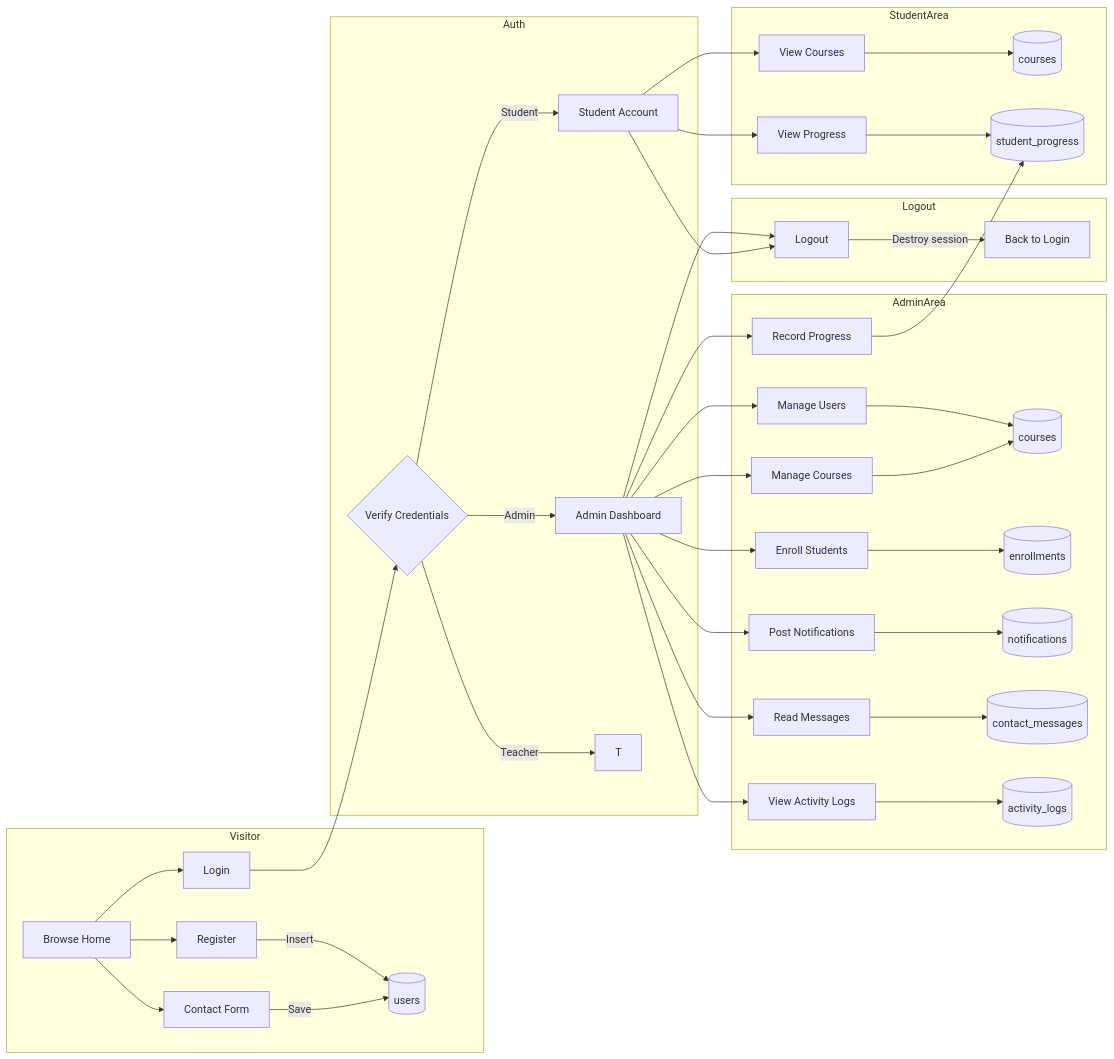
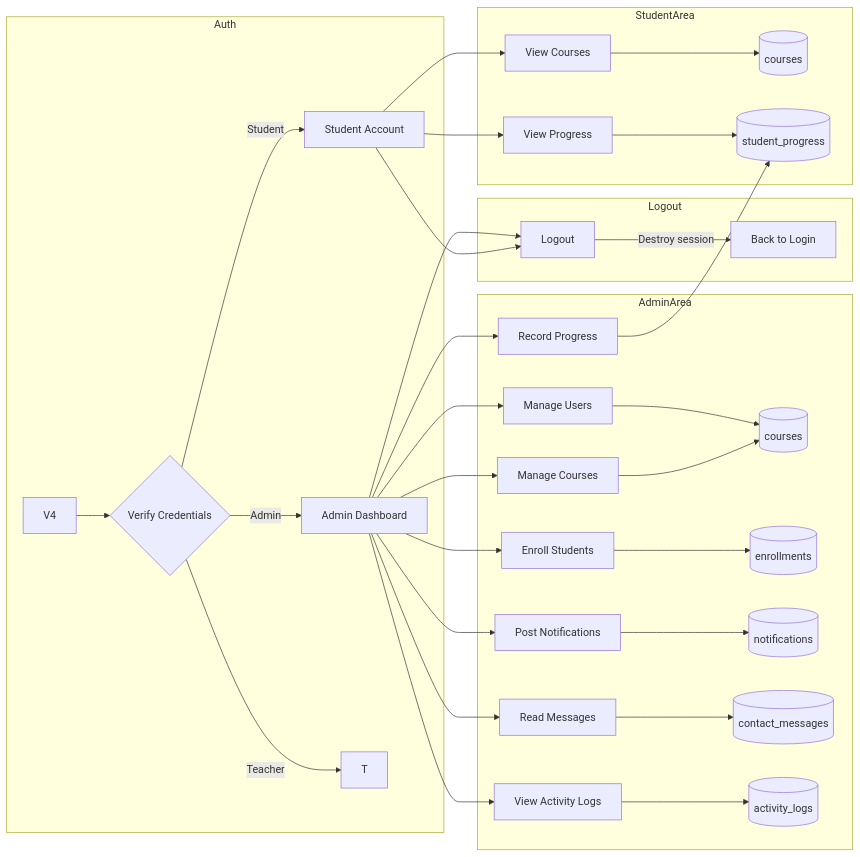
Before and after one commit to ddanji16/Game-Based-Web-learning: diagram 11 of 11 in Flowchart.md, drawn with Mermaid. The commit also changed other lines of this file and 8 other files, not shown here.

````diff
--- a/Flowchart.md
+++ b/Flowchart.md
@@ -225,47 +225,41 @@
 ```mermaid
 flowchart LR
-    subgraph Visitor
-        V1[Browse Home] --> V2[Contact Form]
-        V2 -->|Save| DB[(contact_messages)]
-        V1 --> V3[Register]
-        V3 -->|Insert| DB[(users)]
-        V1 --> V4[Login]
-    end
+    
 
     subgraph Auth
         V4 --> P{Verify Credentials}
         P -->|Student| S
         P -->|Admin| A
         P -->|Teacher| T
     end
 
     subgraph StudentArea
         S[Student Account] --> S1[View Courses]
         S1 --> E[(courses)]
         S --> S2[View Progress]
         S2 --> P1[(student_progress)]
     end
 
     subgraph AdminArea
         A[Admin Dashboard] --> A1[Manage Courses]
         A1 --> C[(courses)]
         A --> A2[Enroll Students]
         A2 --> EN[(enrollments)]
         A --> A3[Manage Users]
         A3 --> C
         A --> A4[Post Notifications]
         A4 --> N[(notifications)]
         A --> A5[Read Messages]
         A5 --> M[(contact_messages)]
         A --> A6[View Activity Logs]
         A6 --> L[(activity_logs)]
         A --> A7[Record Progress]
         A7 --> P1
     end
 
     subgraph Logout
         S --> LO[Logout]
         A --> LO
         LO -->|Destroy session| LG[Back to Login]
     end
 ```
````
